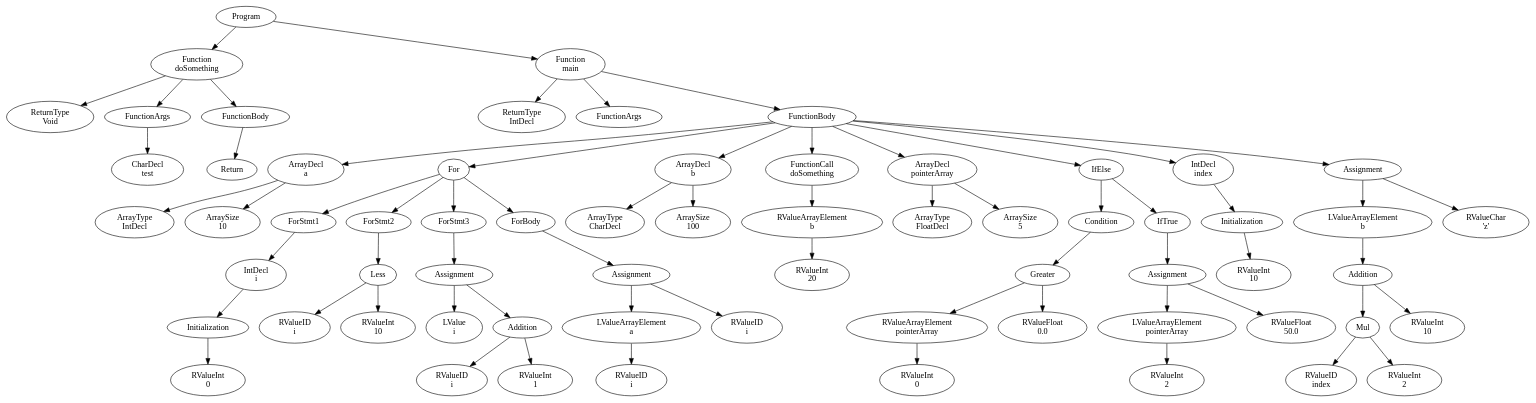
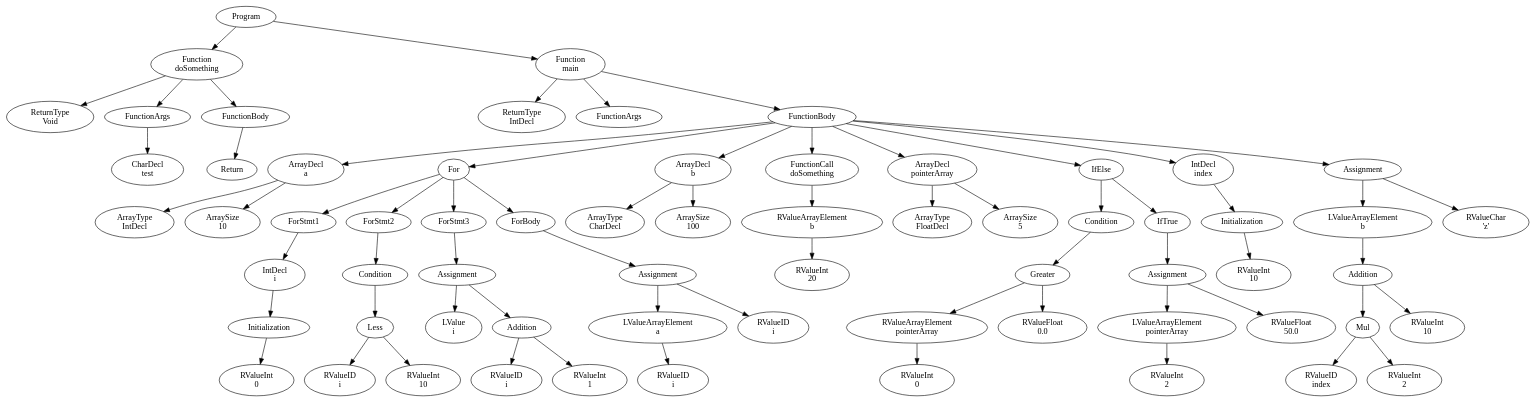
Before and after one commit to FedericoQuin/Compilers: the diagram in official/res/solutions/arrays.dot, drawn with Graphviz. The commit also changed 4 other files, not shown here.

```diff
--- a/official/res/solutions/arrays.dot
+++ b/official/res/solutions/arrays.dot
@@ -1,131 +1,133 @@
 digraph AST {
 2 [label="Program"];
 3 [label="Function \ndoSomething"];
 4 [label="ReturnType \nVoid"];
 5 [label="FunctionArgs"];
 6 [label="CharDecl \ntest"];
 5 -> 6;
 7 [label="FunctionBody"];
 8 [label="Return"];
 7 -> 8;
 3 -> 4;
 3 -> 5;
 3 -> 7;
 9 [label="Function \nmain"];
 10 [label="ReturnType \nIntDecl"];
 11 [label="FunctionArgs"];
 12 [label="FunctionBody"];
 13 [label="ArrayDecl \na"];
 14 [label="ArrayType \nIntDecl"];
 15 [label="ArraySize \n10"];
 13 -> 14;
 13 -> 15;
 16 [label="For"];
 17 [label="ForStmt1"];
 18 [label="IntDecl \ni"];
 19 [label="Initialization"];
 20 [label="RValueInt \n0"];
 19 -> 20;
 18 -> 19;
 17 -> 18;
 21 [label="ForStmt2"];
-22 [label="Less"];
-23 [label="RValueID \ni"];
-24 [label="RValueInt \n10"];
+22 [label="Condition"];
+23 [label="Less"];
+24 [label="RValueID \ni"];
+25 [label="RValueInt \n10"];
+23 -> 24;
+23 -> 25;
 22 -> 23;
-22 -> 24;
 21 -> 22;
-25 [label="ForStmt3"];
-26 [label="Assignment"];
-27 [label="LValue \ni"];
-28 [label="Addition"];
-29 [label="RValueID \ni"];
-30 [label="RValueInt \n1"];
-28 -> 29;
-28 -> 30;
+26 [label="ForStmt3"];
+27 [label="Assignment"];
+28 [label="LValue \ni"];
+29 [label="Addition"];
+30 [label="RValueID \ni"];
+31 [label="RValueInt \n1"];
+29 -> 30;
+29 -> 31;
+27 -> 28;
+27 -> 29;
 26 -> 27;
-26 -> 28;
-25 -> 26;
-31 [label="ForBody"];
-32 [label="Assignment"];
-33 [label="LValueArrayElement \na"];
-34 [label="RValueID \ni"];
+32 [label="ForBody"];
+33 [label="Assignment"];
+34 [label="LValueArrayElement \na"];
+35 [label="RValueID \ni"];
+34 -> 35;
+36 [label="RValueID \ni"];
 33 -> 34;
-35 [label="RValueID \ni"];
+33 -> 36;
 32 -> 33;
-32 -> 35;
-31 -> 32;
 16 -> 17;
 16 -> 21;
-16 -> 25;
-16 -> 31;
-36 [label="ArrayDecl \nb"];
-37 [label="ArrayType \nCharDecl"];
-38 [label="ArraySize \n100"];
-36 -> 37;
-36 -> 38;
-39 [label="FunctionCall \ndoSomething"];
-40 [label="RValueArrayElement \nb"];
-41 [label="RValueInt \n20"];
+16 -> 26;
+16 -> 32;
+37 [label="ArrayDecl \nb"];
+38 [label="ArrayType \nCharDecl"];
+39 [label="ArraySize \n100"];
+37 -> 38;
+37 -> 39;
+40 [label="FunctionCall \ndoSomething"];
+41 [label="RValueArrayElement \nb"];
+42 [label="RValueInt \n20"];
+41 -> 42;
 40 -> 41;
-39 -> 40;
-42 [label="ArrayDecl \npointerArray"];
-43 [label="ArrayType \nFloatDecl"];
-44 [label="ArraySize \n5"];
-42 -> 43;
-42 -> 44;
-45 [label="IfElse"];
-46 [label="Condition"];
-47 [label="Greater"];
-48 [label="RValueArrayElement \npointerArray"];
-49 [label="RValueInt \n0"];
+43 [label="ArrayDecl \npointerArray"];
+44 [label="ArrayType \nFloatDecl"];
+45 [label="ArraySize \n5"];
+43 -> 44;
+43 -> 45;
+46 [label="IfElse"];
+47 [label="Condition"];
+48 [label="Greater"];
+49 [label="RValueArrayElement \npointerArray"];
+50 [label="RValueInt \n0"];
+49 -> 50;
+51 [label="RValueFloat \n0.0"];
 48 -> 49;
-50 [label="RValueFloat \n0.0"];
+48 -> 51;
 47 -> 48;
-47 -> 50;
+52 [label="IfTrue"];
+53 [label="Assignment"];
+54 [label="LValueArrayElement \npointerArray"];
+55 [label="RValueInt \n2"];
+54 -> 55;
+56 [label="RValueFloat \n50.0"];
+53 -> 54;
+53 -> 56;
+52 -> 53;
 46 -> 47;
-51 [label="IfTrue"];
-52 [label="Assignment"];
-53 [label="LValueArrayElement \npointerArray"];
-54 [label="RValueInt \n2"];
-53 -> 54;
-55 [label="RValueFloat \n50.0"];
-52 -> 53;
-52 -> 55;
-51 -> 52;
-45 -> 46;
-45 -> 51;
-56 [label="IntDecl \nindex"];
-57 [label="Initialization"];
-58 [label="RValueInt \n10"];
+46 -> 52;
+57 [label="IntDecl \nindex"];
+58 [label="Initialization"];
+59 [label="RValueInt \n10"];
+58 -> 59;
 57 -> 58;
-56 -> 57;
-59 [label="Assignment"];
-60 [label="LValueArrayElement \nb"];
-61 [label="Addition"];
-62 [label="Mul"];
-63 [label="RValueID \nindex"];
-64 [label="RValueInt \n2"];
+60 [label="Assignment"];
+61 [label="LValueArrayElement \nb"];
+62 [label="Addition"];
+63 [label="Mul"];
+64 [label="RValueID \nindex"];
+65 [label="RValueInt \n2"];
+63 -> 64;
+63 -> 65;
+66 [label="RValueInt \n10"];
 62 -> 63;
-62 -> 64;
-65 [label="RValueInt \n10"];
+62 -> 66;
 61 -> 62;
-61 -> 65;
+67 [label="RValueChar \n'z'"];
 60 -> 61;
-66 [label="RValueChar \n'z'"];
-59 -> 60;
-59 -> 66;
+60 -> 67;
 12 -> 13;
 12 -> 16;
-12 -> 36;
-12 -> 39;
-12 -> 42;
-12 -> 45;
-12 -> 56;
-12 -> 59;
+12 -> 37;
+12 -> 40;
+12 -> 43;
+12 -> 46;
+12 -> 57;
+12 -> 60;
 9 -> 10;
 9 -> 11;
 9 -> 12;
 2 -> 3;
 2 -> 9;
 }
```
